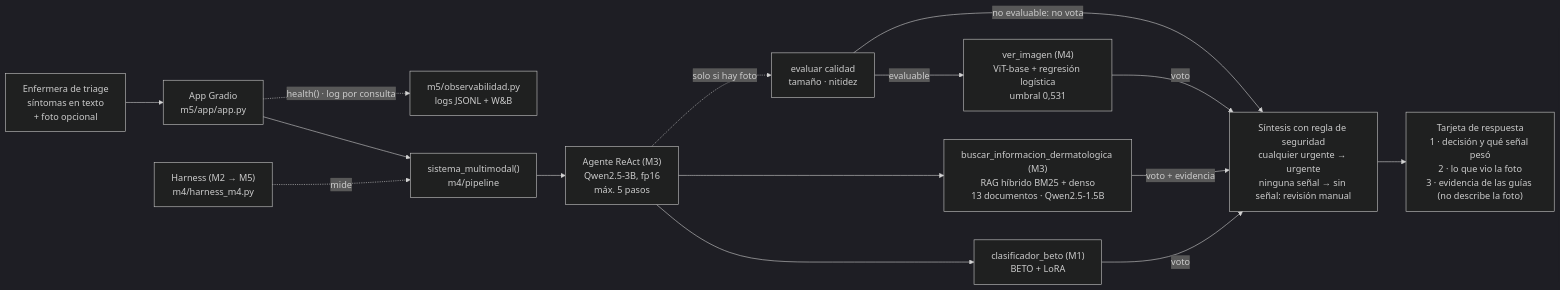
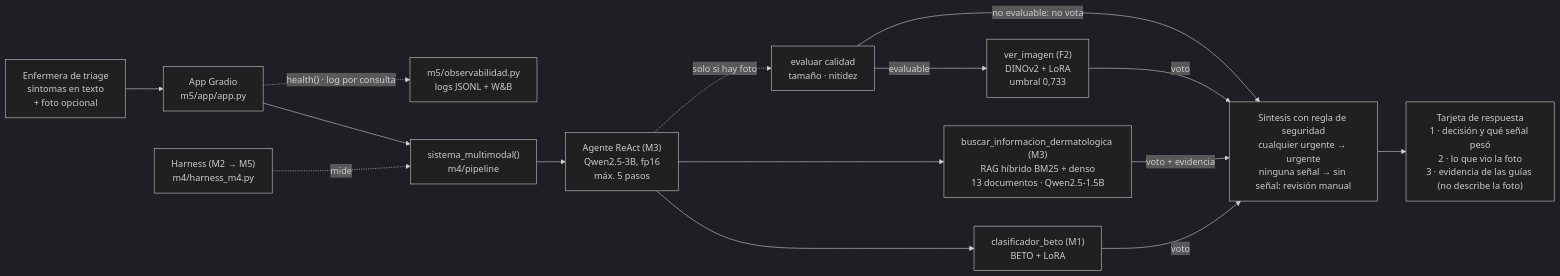
The diagram in README.md (Isa-Idarraga/triage-dermatologico-ia), drawn with Mermaid (dark theme) before and after one commit. The commit also changed other lines of this file and 6 other files, not shown here.

First line of the commit message:
ver(): F2 por defecto tras pasar la regla de no regresión (5 de 5)

````diff
--- a/README.md
+++ b/README.md
@@ -31,17 +31,17 @@
 ```mermaid
 flowchart LR
     U["Enfermera de triage<br/>síntomas en texto<br/>+ foto opcional"] --> APP["App Gradio<br/>m5/app/app.py"]
     APP --> SM["sistema_multimodal()<br/>m4/pipeline"]
     SM --> AG["Agente ReAct (M3)<br/>Qwen2.5-3B, fp16<br/>máx. 5 pasos"]
     AG --> B["clasificador_beto (M1)<br/>BETO + LoRA"]
     AG --> R["buscar_informacion_dermatologica (M3)<br/>RAG híbrido BM25 + denso<br/>13 documentos · Qwen2.5-1.5B"]
     AG -. "solo si hay foto" .-> Q["evaluar calidad<br/>tamaño · nitidez"]
-    Q -- "evaluable" --> V["ver_imagen (M4)<br/>ViT-base + regresión logística<br/>umbral 0,531"]
+    Q -- "evaluable" --> V["ver_imagen (F2)<br/>DINOv2 + LoRA<br/>umbral 0,733"]
     Q -- "no evaluable: no vota" --> S
     B -- voto --> S["Síntesis con regla de seguridad<br/>cualquier urgente → urgente<br/>ninguna señal → sin señal: revisión manual"]
     R -- voto + evidencia --> S
     V -- voto --> S
     S --> T["Tarjeta de respuesta<br/>1 · decisión y qué señal pesó<br/>2 · lo que vio la foto<br/>3 · evidencia de las guías (no describe la foto)"]
     APP -. "health() · log por consulta" .-> W["m5/observabilidad.py<br/>logs JSONL + W&B"]
     H["Harness (M2 → M5)<br/>m4/harness_m4.py"] -. mide .-> SM
 ```
````
